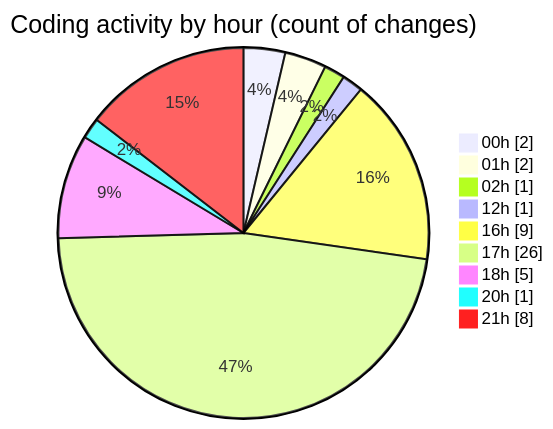
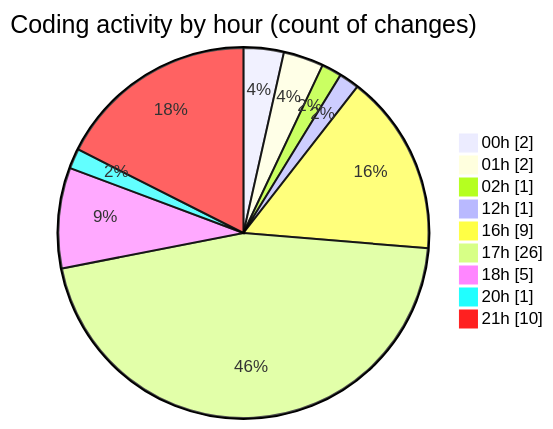
Before and after one commit to shibass792/code-tracking: the second of 2 diagrams in 2026-07-09/twenty_versions_aminor/README.md, drawn with Mermaid. The commit also changed other lines of this file and 1 other file, not shown here.

````diff
--- a/2026-07-09/twenty_versions_aminor/README.md
+++ b/2026-07-09/twenty_versions_aminor/README.md
@@ -49,13 +50,13 @@
 ```mermaid
 pie showData
 title Coding activity by hour (count of changes)
 "00h" : 2
 "01h" : 2
 "02h" : 1
 "12h" : 1
 "16h" : 9
 "17h" : 26
 "18h" : 5
 "20h" : 1
-"21h" : 8
+"21h" : 10
 ```
````
